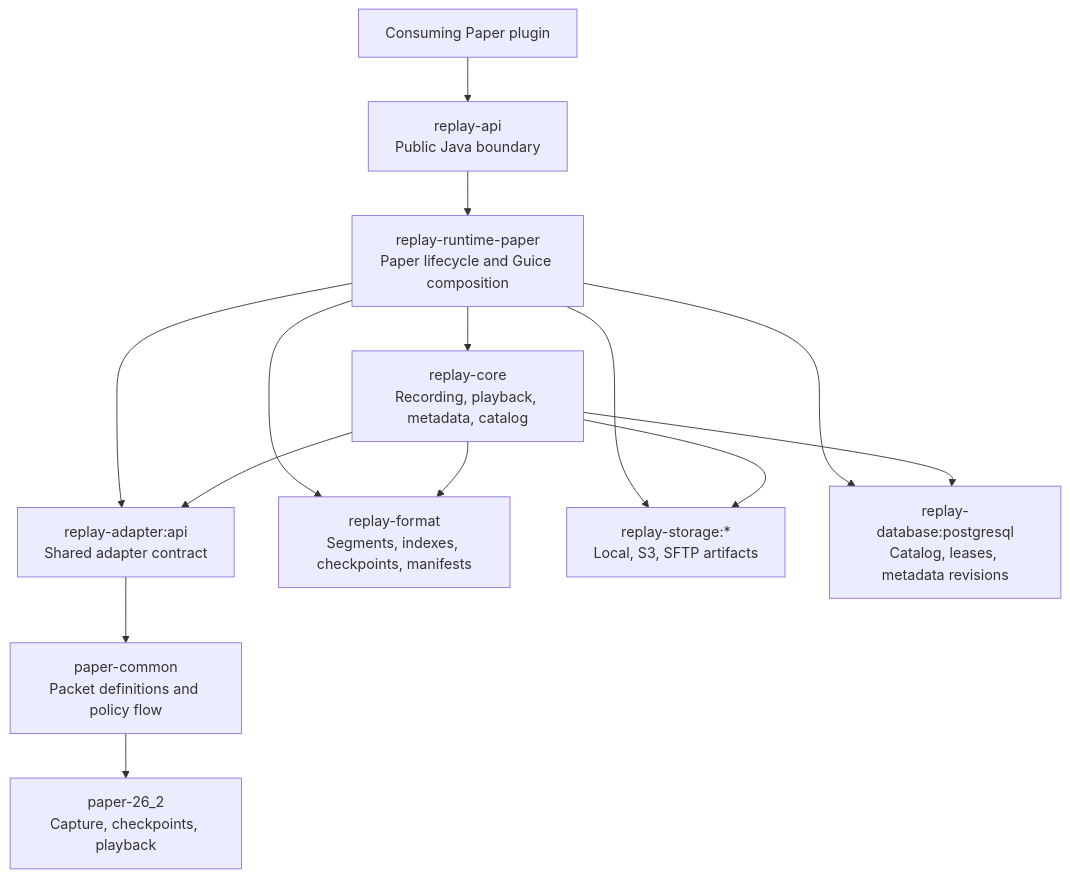
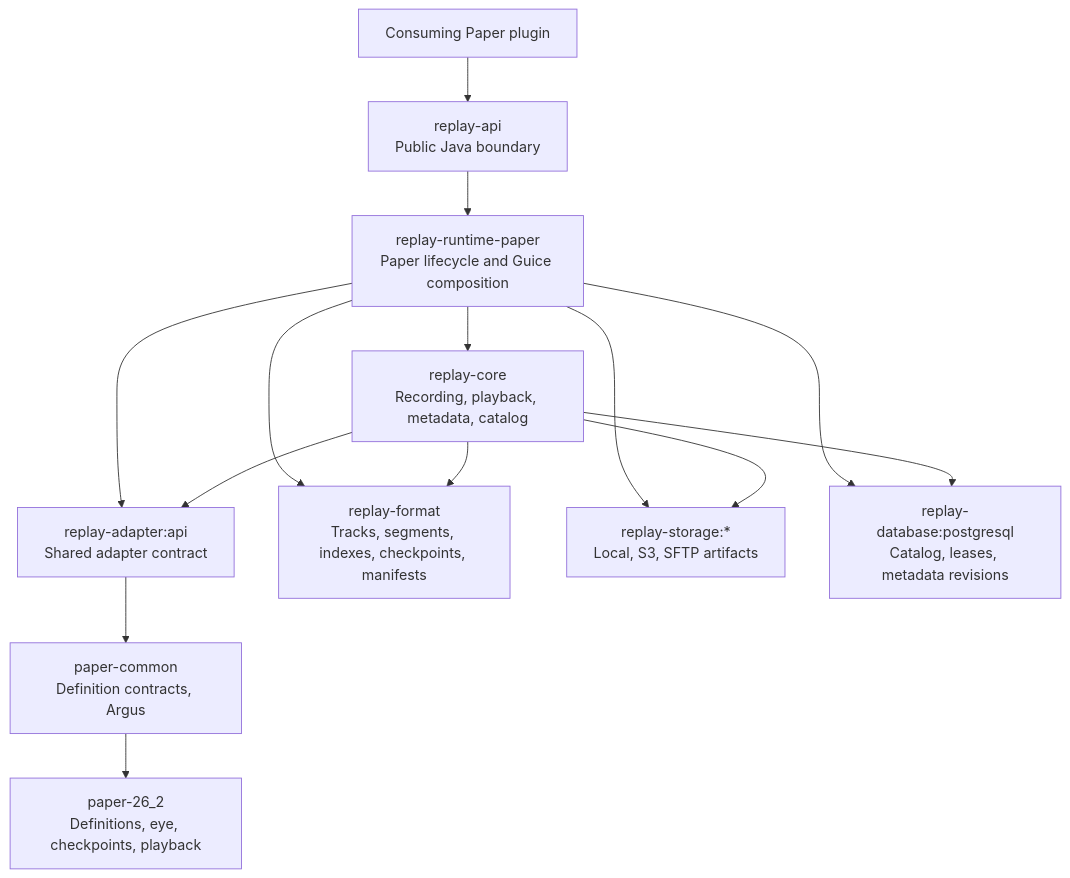
The first of 3 diagrams in docs/architecture.md (schmolldechse/replay-framework), drawn with Mermaid before and after one commit. The commit also changed other lines of this file and 16 other files, not shown here.

````diff
--- a/docs/architecture.md
+++ b/docs/architecture.md
@@ -9,18 +9,18 @@
 ```mermaid
 flowchart TD
     plugin["Consuming Paper plugin"] --> api["replay-api<br/>Public Java boundary"]
     api --> runtime["replay-runtime-paper<br/>Paper lifecycle and Guice composition"]
 
     runtime --> core["replay-core<br/>Recording, playback, metadata, catalog"]
     runtime --> adapterApi["replay-adapter:api<br/>Shared adapter contract"]
-    adapterApi --> paperCommon["paper-common<br/>Packet definitions and policy flow"]
-    paperCommon --> adapter262["paper-26_2<br/>Capture, checkpoints, playback"]
-    runtime --> format["replay-format<br/>Segments, indexes, checkpoints, manifests"]
+    adapterApi --> paperCommon["paper-common<br/>Definition contracts, Argus"]
+    paperCommon --> adapter262["paper-26_2<br/>Definitions, eye, checkpoints, playback"]
+    runtime --> format["replay-format<br/>Tracks, segments, indexes, checkpoints, manifests"]
     runtime --> storage["replay-storage:*<br/>Local, S3, SFTP artifacts"]
     runtime --> database["replay-database:postgresql<br/>Catalog, leases, metadata revisions"]
 
     core --> adapterApi
     core --> format
     core --> storage
     core --> database
 ```
````
